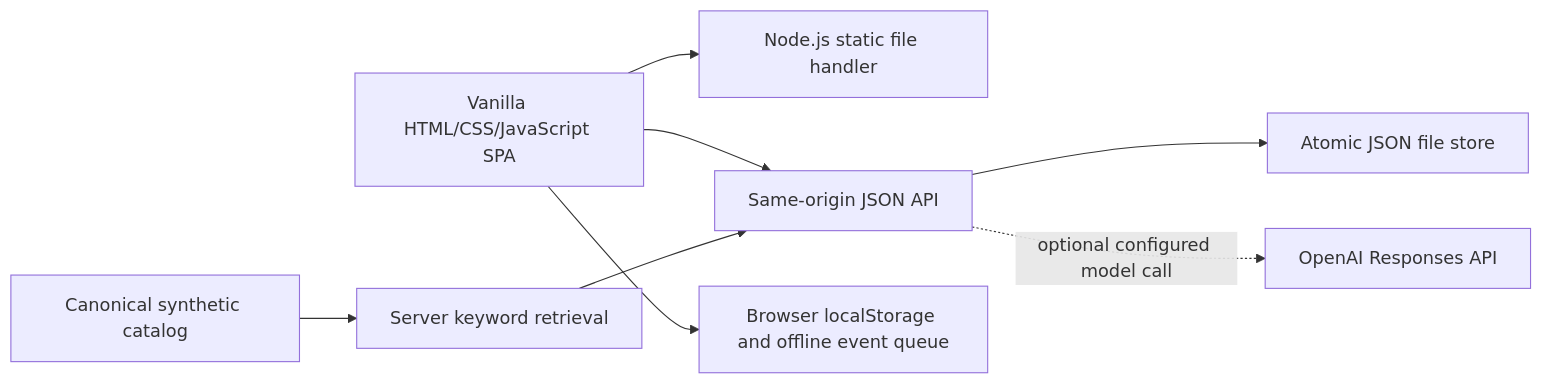
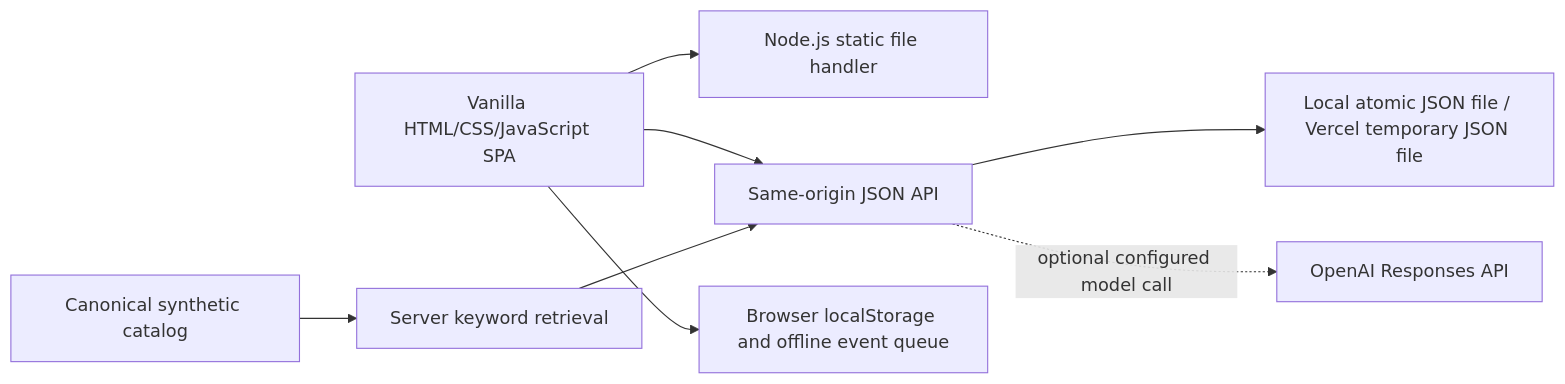
Before and after one commit to rinoyhasan5/HyperPersonal: the diagram in BUILD_PROVENANCE.md, drawn with Mermaid. The commit also changed other lines of this file and 17 other files, not shown here.

````diff
--- a/BUILD_PROVENANCE.md
+++ b/BUILD_PROVENANCE.md
@@ -7,10 +7,10 @@
 ```mermaid
 flowchart LR
   Browser[Vanilla HTML/CSS/JavaScript SPA] --> Static[Node.js static file handler]
   Browser --> Routes[Same-origin JSON API]
-  Routes --> Store[Atomic JSON file store]
+  Routes --> Store[Local atomic JSON file / Vercel temporary JSON file]
   Browser --> Local[Browser localStorage and offline event queue]
   Routes -. optional configured model call .-> OpenAI[OpenAI Responses API]
   Catalog[Canonical synthetic catalog] --> Retrieval[Server keyword retrieval]
   Retrieval --> Routes
 ```
````
